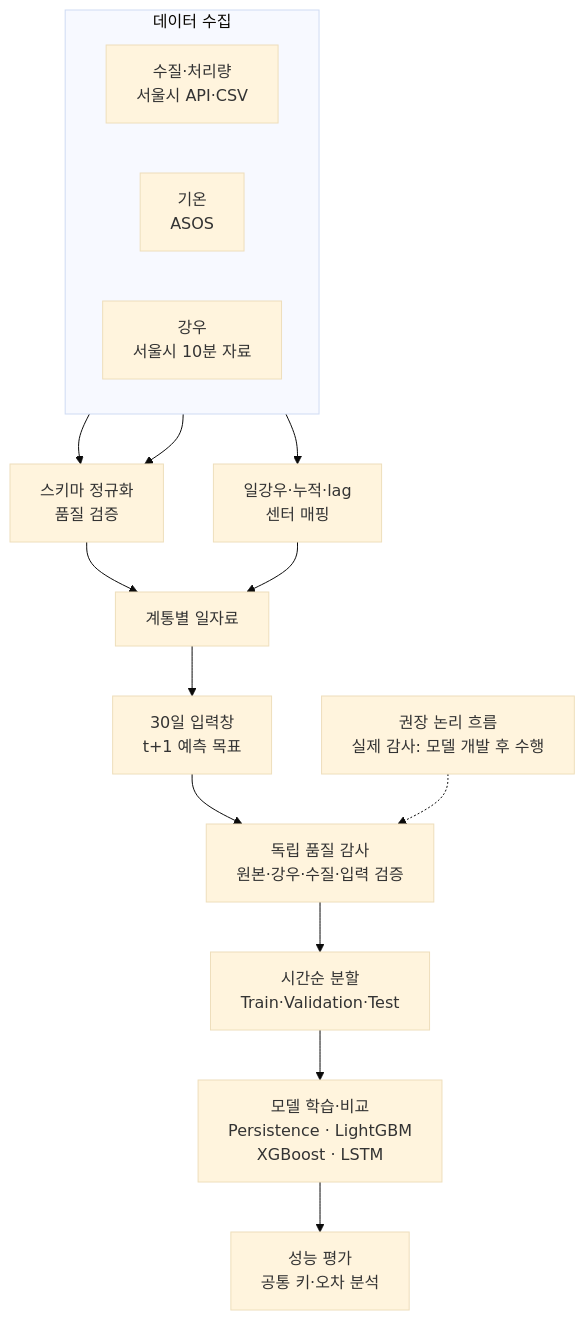
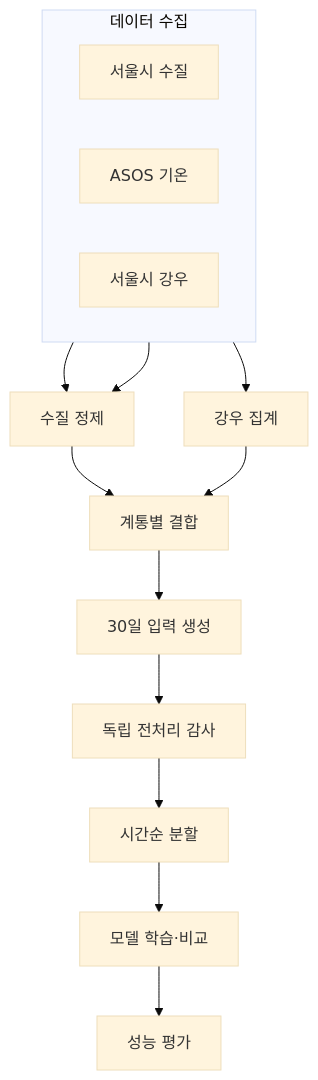
Before and after one commit to galaxybuddy98/seoul-wastewater-ai-forecast: the diagram in README.md, drawn with Mermaid (base theme). The commit also changed other lines of this file, not shown here.

Commit message:
docs: finalize README design and structure

````diff
--- a/README.md
+++ b/README.md
@@ -26,22 +26,20 @@
 ```mermaid
 flowchart TB
-    subgraph INPUT["데이터 수집"]
+    subgraph SRC["데이터 수집"]
         direction LR
-        A["수질·처리량<br/>서울시 API·CSV"]
-        B["기온<br/>ASOS"]
-        C["강우<br/>서울시 10분 자료"]
+        A["서울시 수질"]
+        B["ASOS 기온"]
+        C["서울시 강우"]
     end
 
-    A --> D["스키마 정규화<br/>품질 검증"]
+    A --> D["수질 정제"]
     B --> D
-    C --> E["일강우·누적·lag<br/>센터 매핑"]
-    D --> F["계통별 일자료"]
+    C --> E["강우 집계"]
+    D --> F["계통별 결합"]
     E --> F
-    F --> G["30일 입력창<br/>t+1 예측 목표"]
-    G --> Q["독립 품질 감사<br/>원본·강우·수질·입력 검증"]
-    Q --> H["시간순 분할<br/>Train·Validation·Test"]
-    H --> I["모델 학습·비교<br/>Persistence · LightGBM<br/>XGBoost · LSTM"]
-    I --> J["성능 평가<br/>공통 키·오차 분석"]
-
-    N["권장 논리 흐름<br/>실제 감사: 모델 개발 후 수행"] -.-> Q
+    F --> G["30일 입력 생성"]
+    G --> H["독립 전처리 감사"]
+    H --> I["시간순 분할"]
+    I --> J["모델 학습·비교"]
+    J --> K["성능 평가"]
 ```
````
